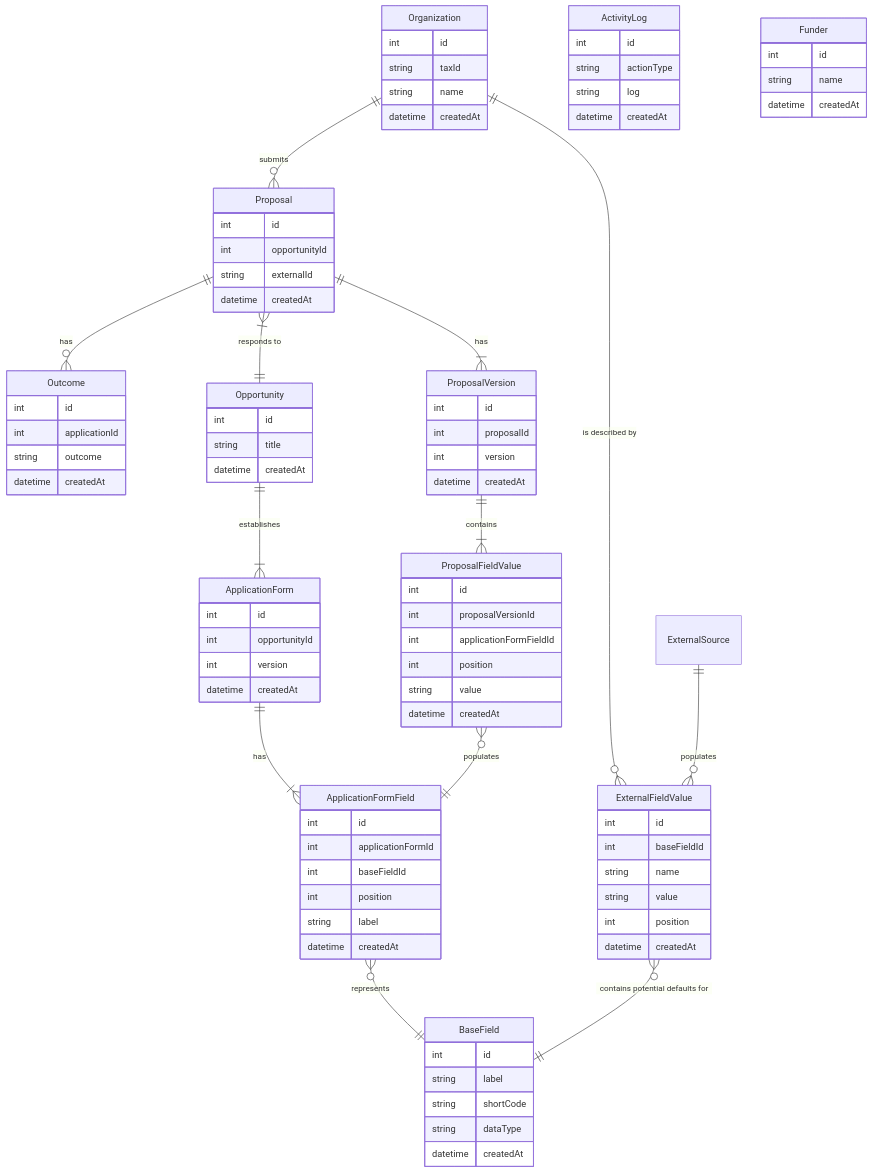
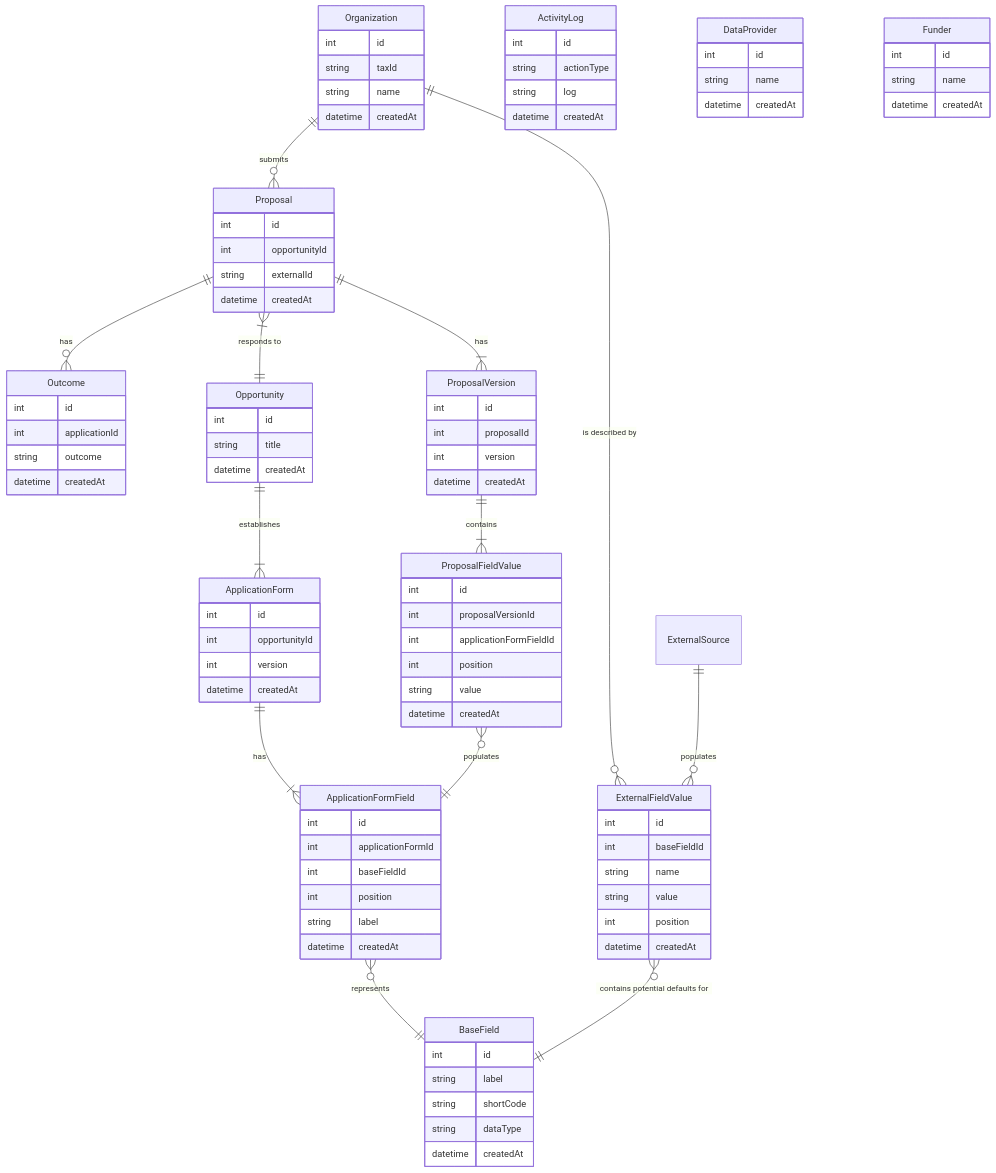
Before and after one commit to PhilanthropyDataCommons/service: the first of 4 diagrams in docs/ENTITY_RELATIONSHIP_DIAGRAM.md, drawn with Mermaid. The commit also changed 17 other files, not shown here.

First line of the commit message:
Add `DataProvider` entity and routes

```diff
--- a/docs/ENTITY_RELATIONSHIP_DIAGRAM.md
+++ b/docs/ENTITY_RELATIONSHIP_DIAGRAM.md
@@ -76,6 +76,11 @@
     string log
     datetime createdAt
   }
+  DataProvider {
+    int id
+    string name
+    datetime createdAt
+  }
   Funder {
     int id
     string name
```
